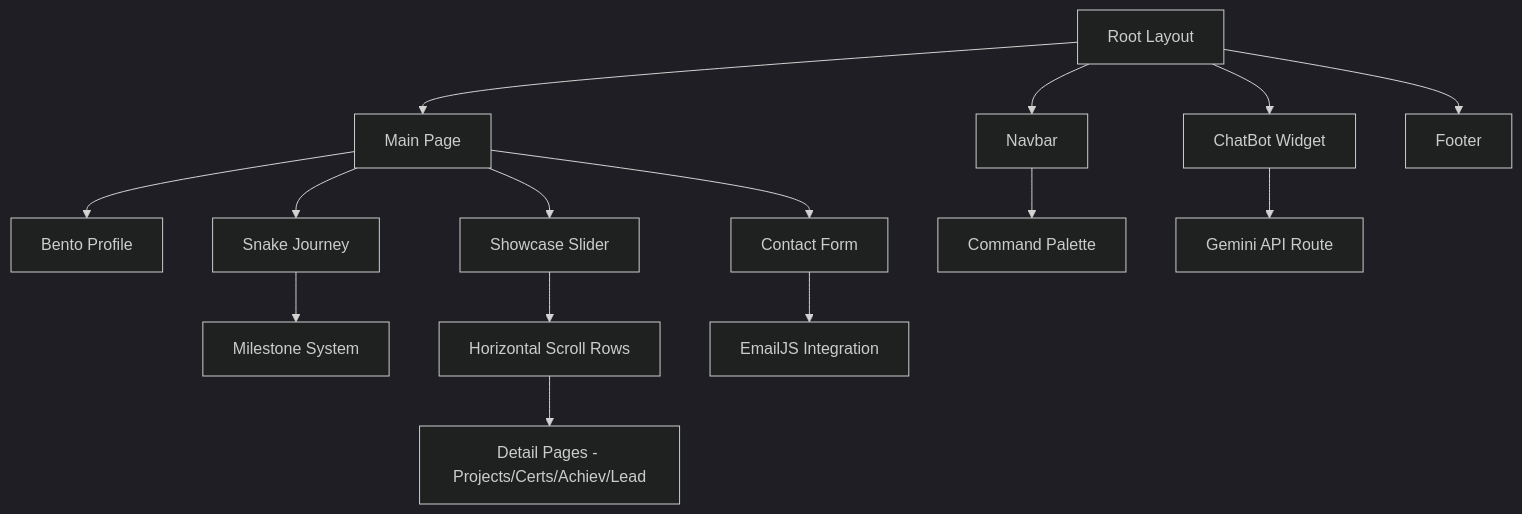
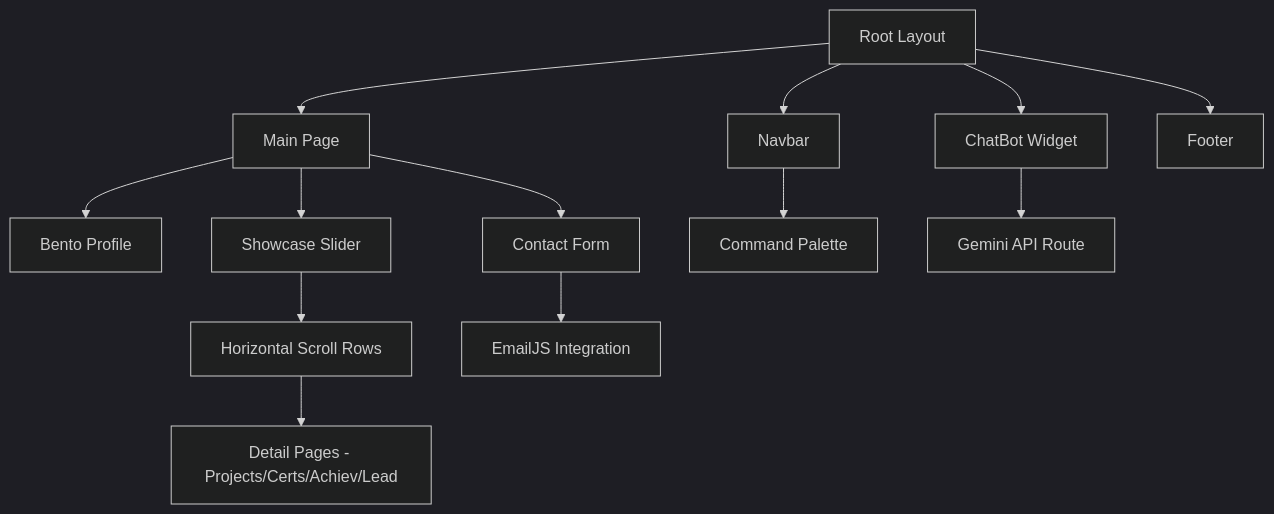
One commit to harshil1876/Portfolio-Website changed the diagram in README.md. Above: the diagram before and after it, drawn with Mermaid (dark theme). The commit also changed other lines of this file, not shown here.

Commit message:
Update README to reflect removal of roadmap and recent additions

````diff
--- a/README.md
+++ b/README.md
@@ -11,21 +11,19 @@
 ```mermaid
 graph TD
     A[Root Layout] --> B[Navbar]
     A --> C[Main Page]
     A --> D[ChatBot Widget]
     A --> E[Footer]
     
     C --> F[Bento Profile]
-    C --> G[Snake Journey]
     C --> H[Showcase Slider]
     C --> I[Contact Form]
     
     B --> J[Command Palette]
     
-    G --> K[Milestone System]
     H --> L[Horizontal Scroll Rows]
     L --> M[Detail Pages - Projects/Certs/Achiev/Lead]
     
     D --> N[Gemini API Route]
     I --> O[EmailJS Integration]
 ```
````
